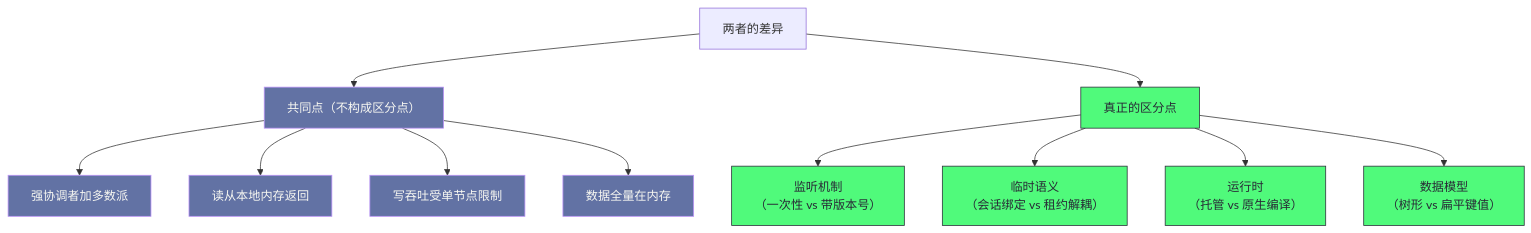
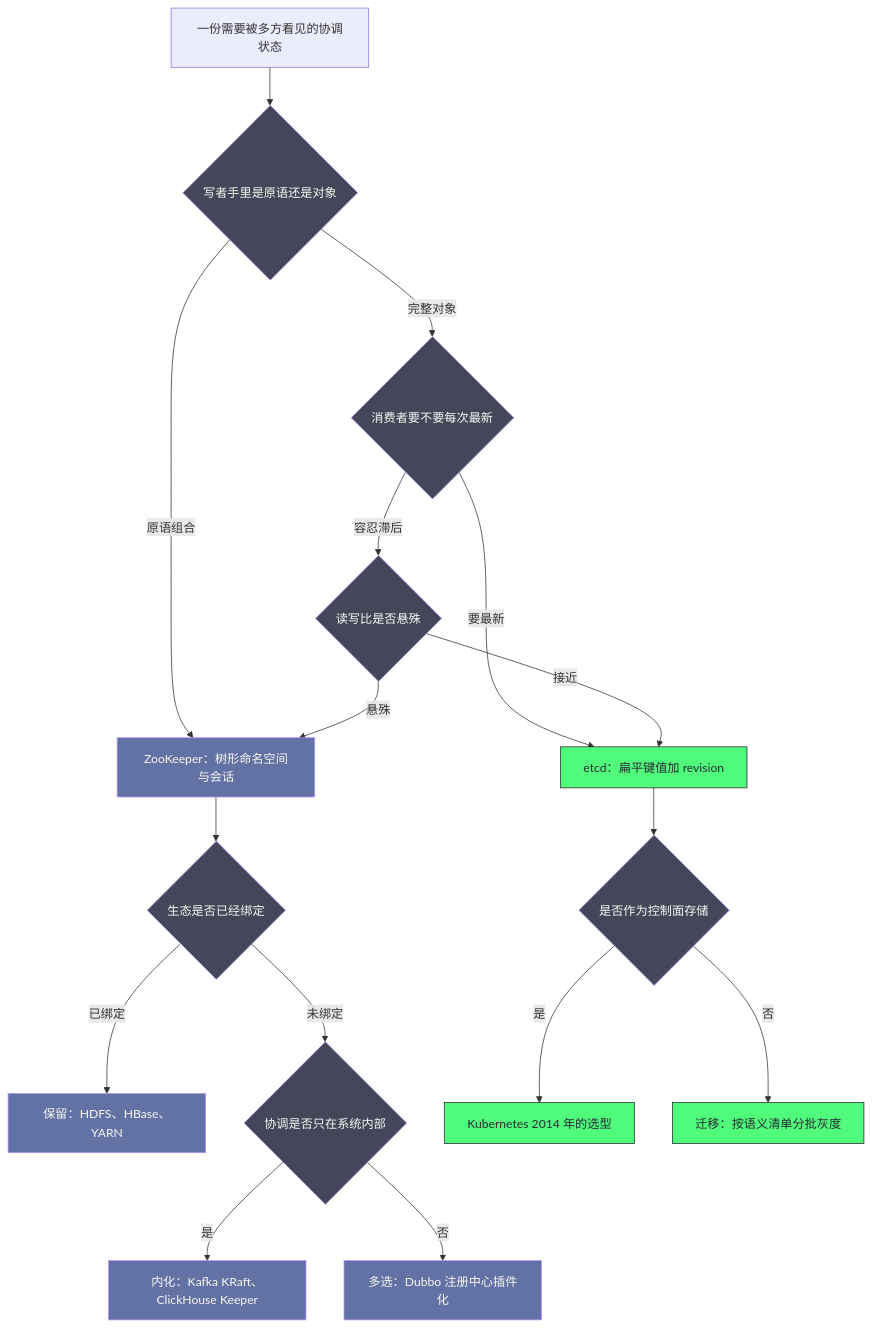
The fourth of 4 diagrams in content/中间件/Zookeeper/06 ZooKeeper vs ETCD——架构对比与去 ZooKeeper 化趋势.md (hpliStartAgain/my-brain), drawn with Mermaid before and after one commit. The commit also changed other lines of this file and 259 other files, not shown here.

````diff
--- a/content/中间件/Zookeeper/06 ZooKeeper vs ETCD——架构对比与去 ZooKeeper 化趋势.md
+++ b/content/中间件/Zookeeper/06 ZooKeeper vs ETCD——架构对比与去 ZooKeeper 化趋势.md
@@ -483,19 +424,26 @@
 ```mermaid
 %%{init: {'theme': 'dracula'}}%%
-graph TD
-    D["两者的差异"] --> S["共同点（不构成区分点）"]
-    D --> T["真正的区分点"]
-    S --> S1["强协调者加多数派"]
-    S --> S2["读从本地内存返回"]
-    S --> S3["写吞吐受单节点限制"]
-    S --> S4["数据全量在内存"]
-    T --> T1["监听机制<br/>（一次性 vs 带版本号）"]
-    T --> T2["临时语义<br/>（会话绑定 vs 租约解耦）"]
-    T --> T3["运行时<br/>（托管 vs 原生编译）"]
-    T --> T4["数据模型<br/>（树形 vs 扁平键值）"]
+flowchart TD
+    S["一份需要被多方看见的协调状态"] --> A{"写者手里是原语还是对象"}
+    A -- 原语组合 --> Z["ZooKeeper：树形命名空间与会话"]
+    A -- 完整对象 --> B{"消费者要不要每次最新"}
+    B -- 要最新 --> E["etcd：扁平键值加 revision"]
+    B -- 容忍滞后 --> C{"读写比是否悬殊"}
+    C -- 悬殊 --> Z
+    C -- 接近 --> E
+    Z --> D{"生态是否已经绑定"}
+    D -- 已绑定 --> K["保留：HDFS、HBase、YARN"]
+    D -- 未绑定 --> F{"协调是否只在系统内部"}
+    F -- 是 --> I["内化：Kafka KRaft、ClickHouse Keeper"]
+    F -- 否 --> P["多选：Dubbo 注册中心插件化"]
+    E --> G{"是否作为控制面存储"}
+    G -- 是 --> K8S["Kubernetes 2014 年的选型"]
+    G -- 否 --> M["迁移：按语义清单分批灰度"]
 
-    classDef same fill:#6272a4,stroke:#bd93f9,color:#f8f8f2
-    classDef diff fill:#50fa7b,stroke:#282a36,color:#282a36
-    class S,S1,S2,S3,S4 same
-    class T,T1,T2,T3,T4 diff
+    classDef q fill:#44475a,stroke:#bd93f9,color:#f8f8f2
+    classDef zk fill:#6272a4,stroke:#bd93f9,color:#f8f8f2
+    classDef et fill:#50fa7b,stroke:#282a36,color:#282a36
+    class A,B,C,D,F,G q
+    class Z,K,I,P zk
+    class E,K8S,M et
 ```
````
